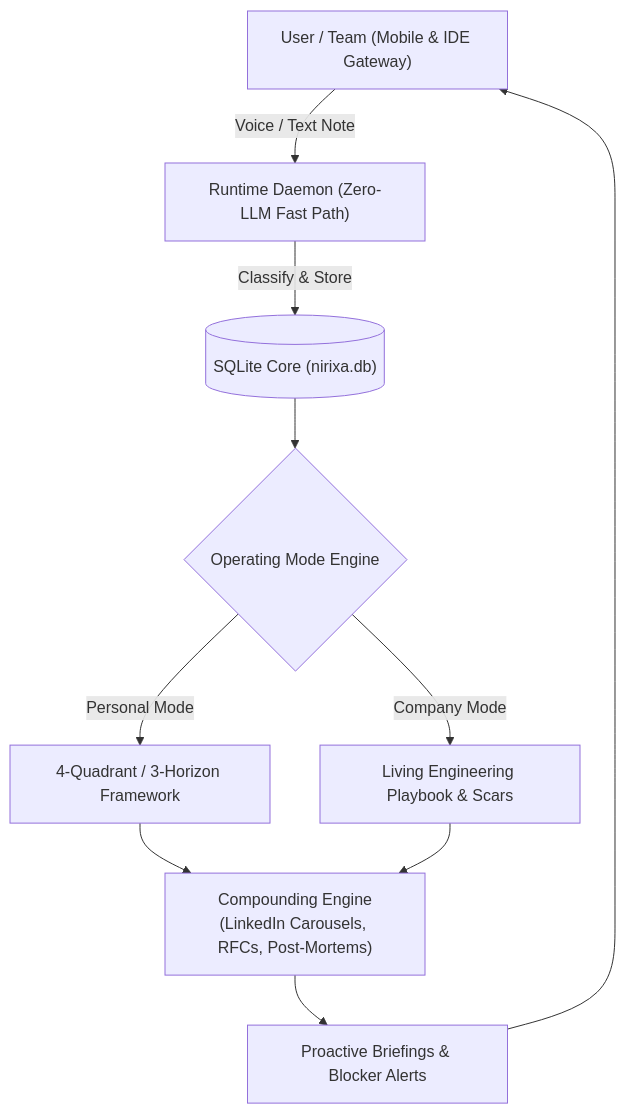
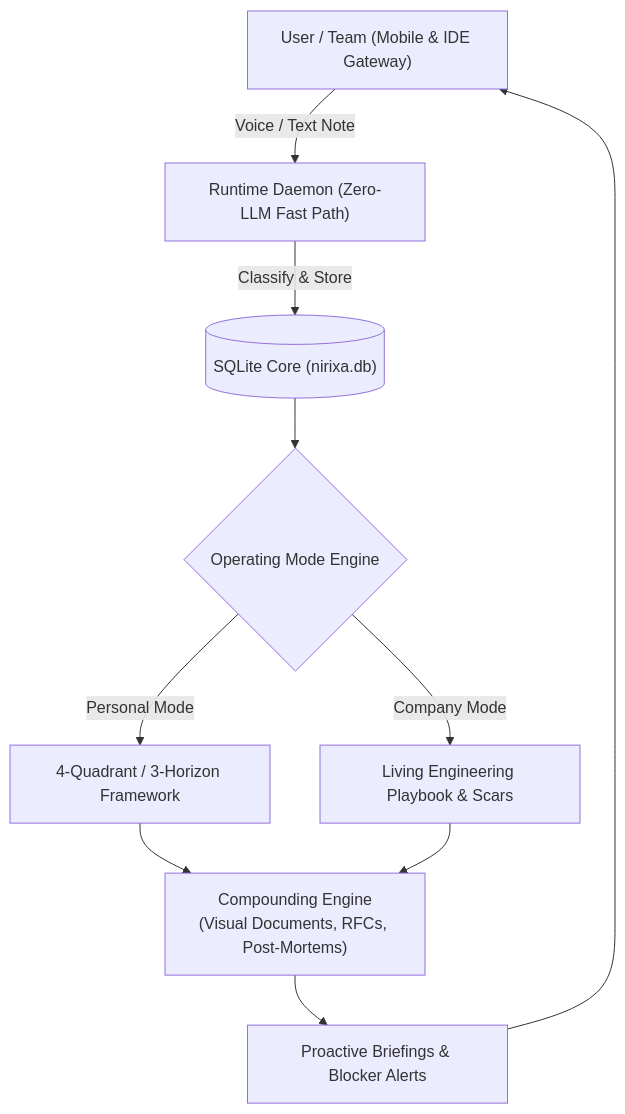
Before and after one commit to Monish-Nallagondalla/Nirixa: the diagram in README.md, drawn with Mermaid. The commit also changed other lines of this file and 32 other files, not shown here.

````diff
--- a/README.md
+++ b/README.md
@@ -176,11 +176,11 @@
 ```mermaid
 graph TD
     User["User / Team (Mobile & IDE Gateway)"] -->|"Voice / Text Note"| Daemon["Runtime Daemon (Zero-LLM Fast Path)"]
     Daemon -->|"Classify & Store"| DB[("SQLite Core (nirixa.db)")]
     DB --> OperatingMode{"Operating Mode Engine"}
     OperatingMode -->|"Personal Mode"| Q["4-Quadrant / 3-Horizon Framework"]
     OperatingMode -->|"Company Mode"| W["Living Engineering Playbook & Scars"]
-    Q & W --> Compounding["Compounding Engine<br/>(LinkedIn Carousels, RFCs, Post-Mortems)"]
+    Q & W --> Compounding["Compounding Engine<br/>(Visual Documents, RFCs, Post-Mortems)"]
     Compounding --> Proactive["Proactive Briefings & Blocker Alerts"]
     Proactive --> User
 ```
````
